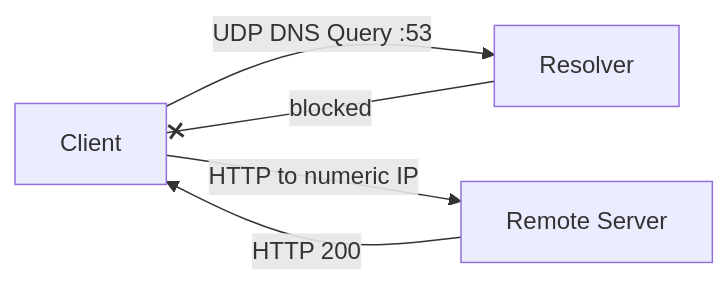
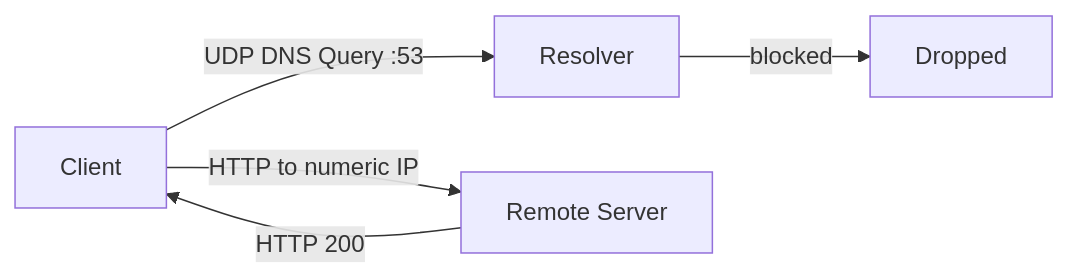
One commit to Swayam-Prakash-Bhuyan/SREDailyChallenge changed the seventh of 13 diagrams in challenge15.md. Above: the diagram before and after it, drawn with Mermaid. The commit also changed other lines of this file, not shown here.

````diff
--- a/challenge15.md
+++ b/challenge15.md
@@ -414,7 +409,7 @@
 ```mermaid
 flowchart LR
-C[Client] -->|UDP DNS Query :53| DNS[Resolver]
-DNS --x|blocked| C
-C -->|HTTP to numeric IP| S[Remote Server]
-S -->|HTTP 200| C
+    C[Client] -->|UDP DNS Query :53| DNS[Resolver]
+    DNS -->|blocked| X[Dropped]
+    C -->|HTTP to numeric IP| S[Remote Server]
+    S -->|HTTP 200| C
 ```
````
